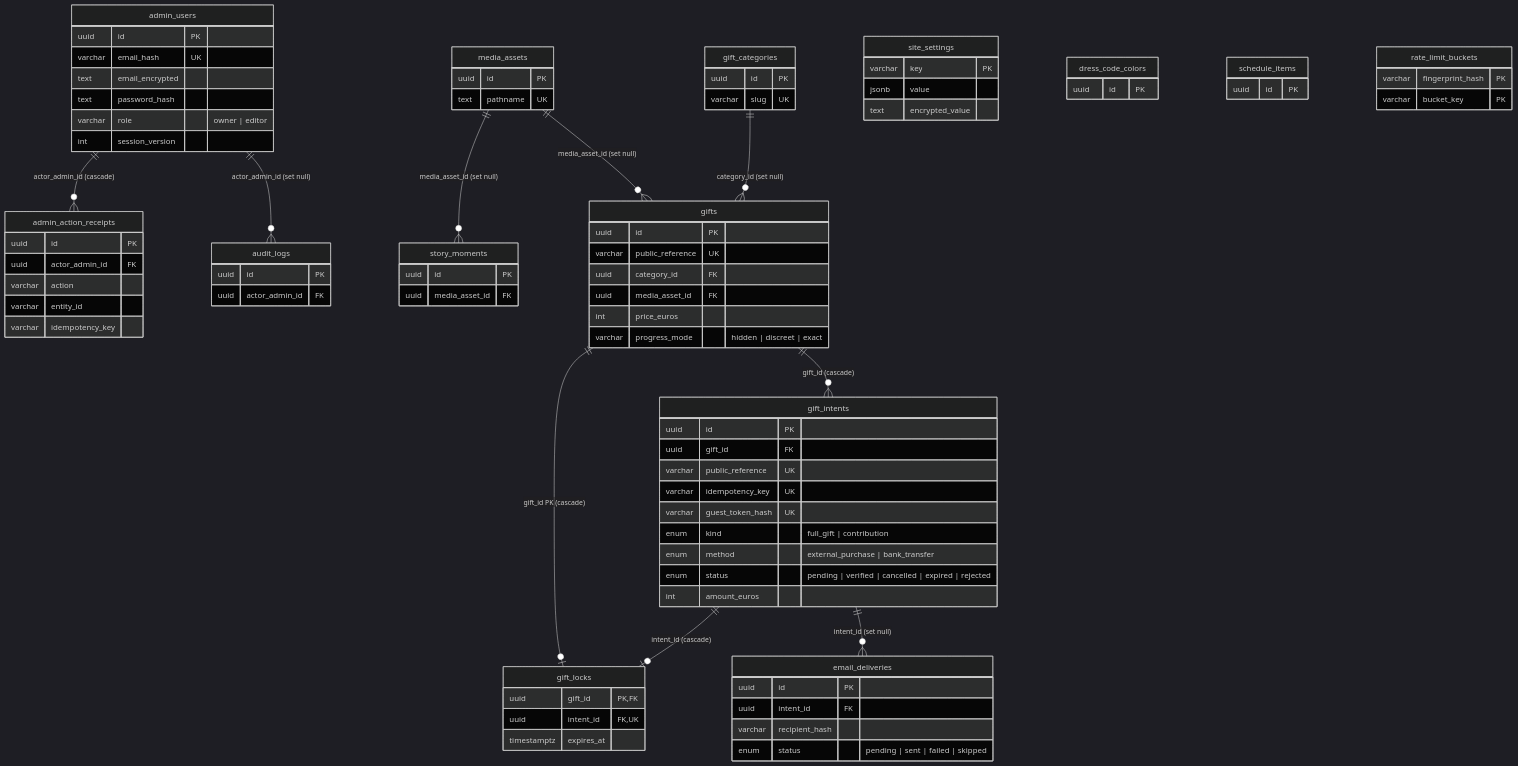
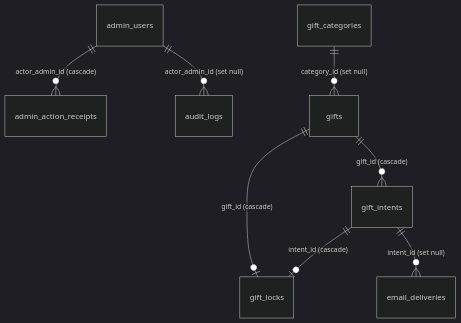
One commit to gabrielesanticchi/giuliaegabriele.love changed the diagram in docs/DATA_MODEL.md. Above: the diagram before and after it, drawn with Mermaid (dark theme). The commit also changed other lines of this file and 56 other files, not shown here.

````diff
--- a/docs/DATA_MODEL.md
+++ b/docs/DATA_MODEL.md
@@ -31,93 +26,9 @@
 erDiagram
     admin_users ||--o{ admin_action_receipts : "actor_admin_id (cascade)"
     admin_users ||--o{ audit_logs : "actor_admin_id (set null)"
-
-    media_assets ||--o{ story_moments : "media_asset_id (set null)"
-    media_assets ||--o{ gifts : "media_asset_id (set null)"
-
     gift_categories ||--o{ gifts : "category_id (set null)"
-
     gifts ||--o{ gift_intents : "gift_id (cascade)"
-    gifts ||--o| gift_locks : "gift_id PK (cascade)"
-
+    gifts ||--o| gift_locks : "gift_id (cascade)"
     gift_intents ||--o| gift_locks : "intent_id (cascade)"
     gift_intents ||--o{ email_deliveries : "intent_id (set null)"
-
-    site_settings {
-        varchar key PK
-        jsonb value
-        text encrypted_value
-    }
-    dress_code_colors {
-        uuid id PK
-    }
-    schedule_items {
-        uuid id PK
-    }
-    rate_limit_buckets {
-        varchar fingerprint_hash PK
-        varchar bucket_key PK
-    }
-
-    admin_users {
-        uuid id PK
-        varchar email_hash UK
-        text email_encrypted
-        text password_hash
-        varchar role "owner | editor"
-        int session_version
-    }
-    media_assets {
-        uuid id PK
-        text pathname UK
-    }
-    story_moments {
-        uuid id PK
-        uuid media_asset_id FK
-    }
-    gift_categories {
-        uuid id PK
-        varchar slug UK
-    }
-    gifts {
-        uuid id PK
-        varchar public_reference UK
-        uuid category_id FK
-        uuid media_asset_id FK
-        int price_euros
-        varchar progress_mode "hidden | discreet | exact"
-    }
-    gift_intents {
-        uuid id PK
-        uuid gift_id FK
-        varchar public_reference UK
-        varchar idempotency_key UK
-        varchar guest_token_hash UK
-        enum kind "full_gift | contribution"
-        enum method "external_purchase | bank_transfer"
-        enum status "pending | verified | cancelled | expired | rejected"
-        int amount_euros
-    }
-    gift_locks {
-        uuid gift_id PK,FK
-        uuid intent_id FK,UK
-        timestamptz expires_at
-    }
-    admin_action_receipts {
-        uuid id PK
-        uuid actor_admin_id FK
-        varchar action
-        varchar entity_id
-        varchar idempotency_key
-    }
-    audit_logs {
-        uuid id PK
-        uuid actor_admin_id FK
-    }
-    email_deliveries {
-        uuid id PK
-        uuid intent_id FK
-        varchar recipient_hash
-        enum status "pending | sent | failed | skipped"
-    }
 ```
````
